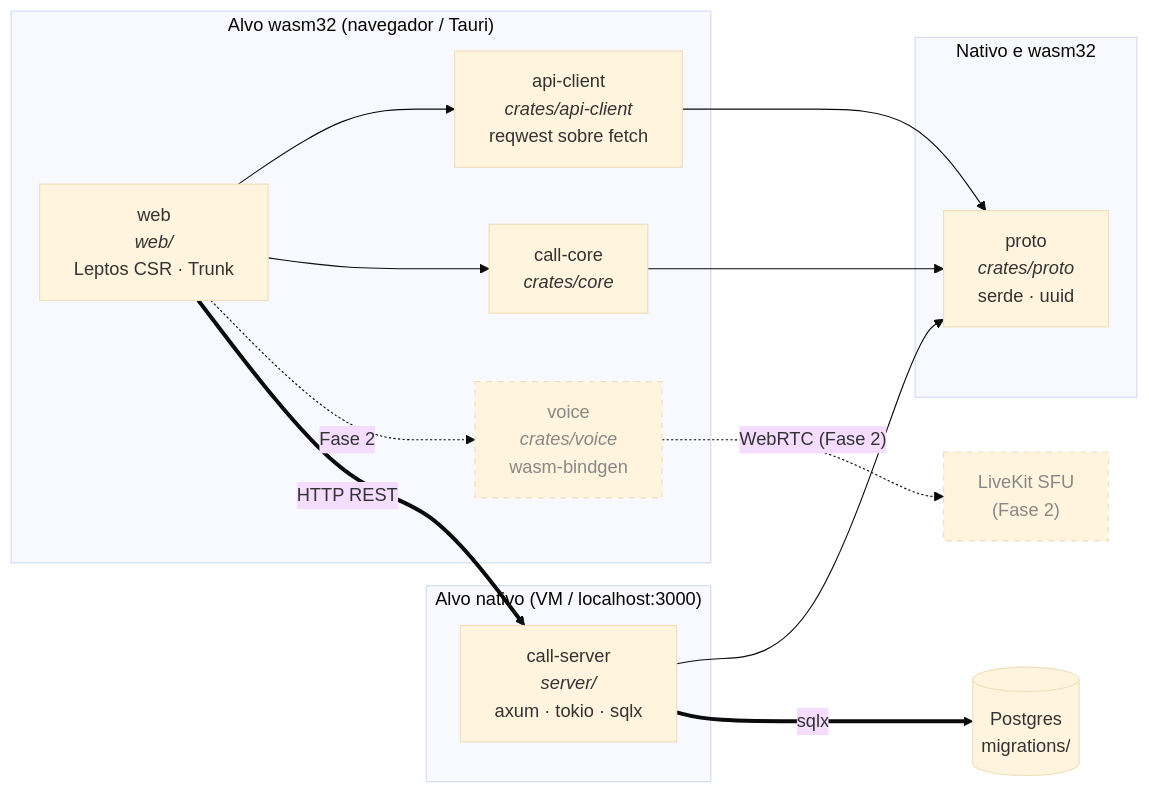
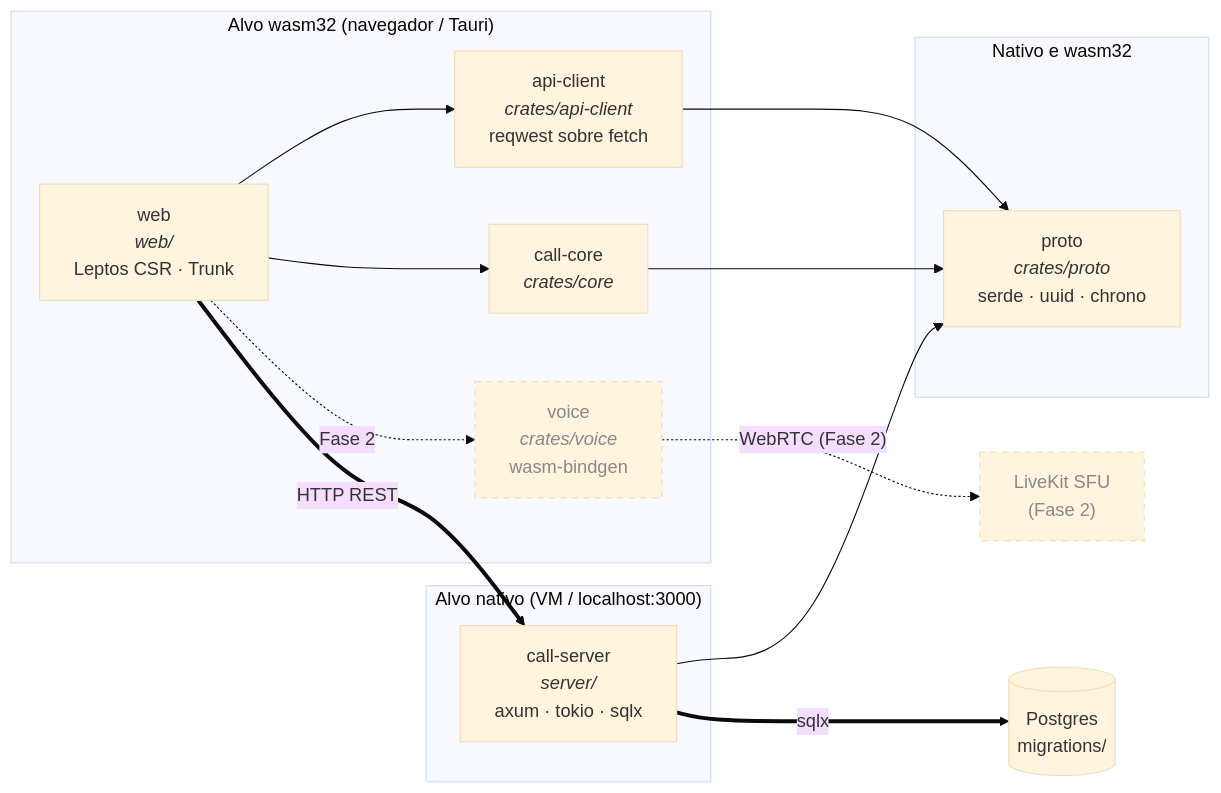
One commit to ncfcj/call changed the diagram in docs/architecture/01-crates.md. Above: the diagram before and after it, drawn with Mermaid (base theme). The commit also changed other lines of this file and 24 other files, not shown here.

````diff
--- a/docs/architecture/01-crates.md
+++ b/docs/architecture/01-crates.md
@@ -6,34 +6,34 @@
 ```mermaid
 flowchart LR
     subgraph nativo["Alvo nativo (VM / localhost:3000)"]
         server["call-server<br/><i>server/</i><br/>axum · tokio · sqlx"]
     end
 
     subgraph shared["Nativo e wasm32"]
-        proto["proto<br/><i>crates/proto</i><br/>serde · uuid"]
+        proto["proto<br/><i>crates/proto</i><br/>serde · uuid · chrono"]
     end
 
     subgraph wasm["Alvo wasm32 (navegador / Tauri)"]
         web["web<br/><i>web/</i><br/>Leptos CSR · Trunk"]
         api["api-client<br/><i>crates/api-client</i><br/>reqwest sobre fetch"]
         core["call-core<br/><i>crates/core</i>"]
         voice["voice<br/><i>crates/voice</i><br/>wasm-bindgen"]
     end
 
     pg[("Postgres<br/>migrations/")]
     lk["LiveKit SFU<br/>(Fase 2)"]
 
     server --> proto
     api --> proto
     core --> proto
     web --> api
     web --> core
     web -. "Fase 2" .-> voice
 
     web == "HTTP REST" ==> server
     server == "sqlx" ==> pg
     voice -. "WebRTC (Fase 2)" .-> lk
 
     classDef pending stroke-dasharray: 5 5,color:#888
     class voice,lk pending
 ```
````
